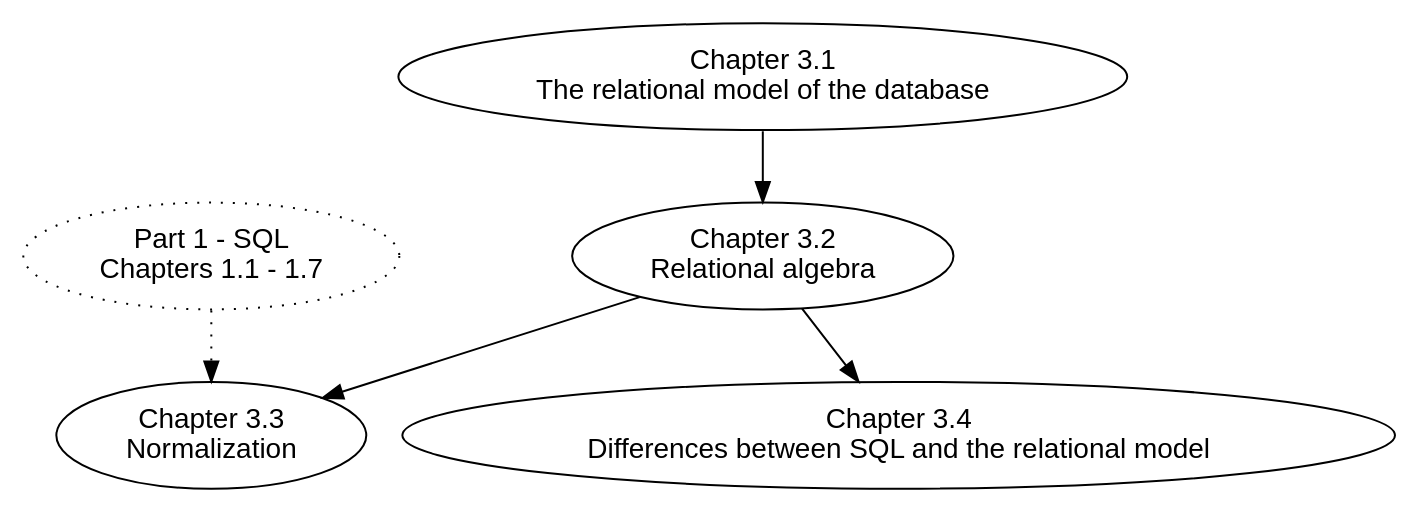
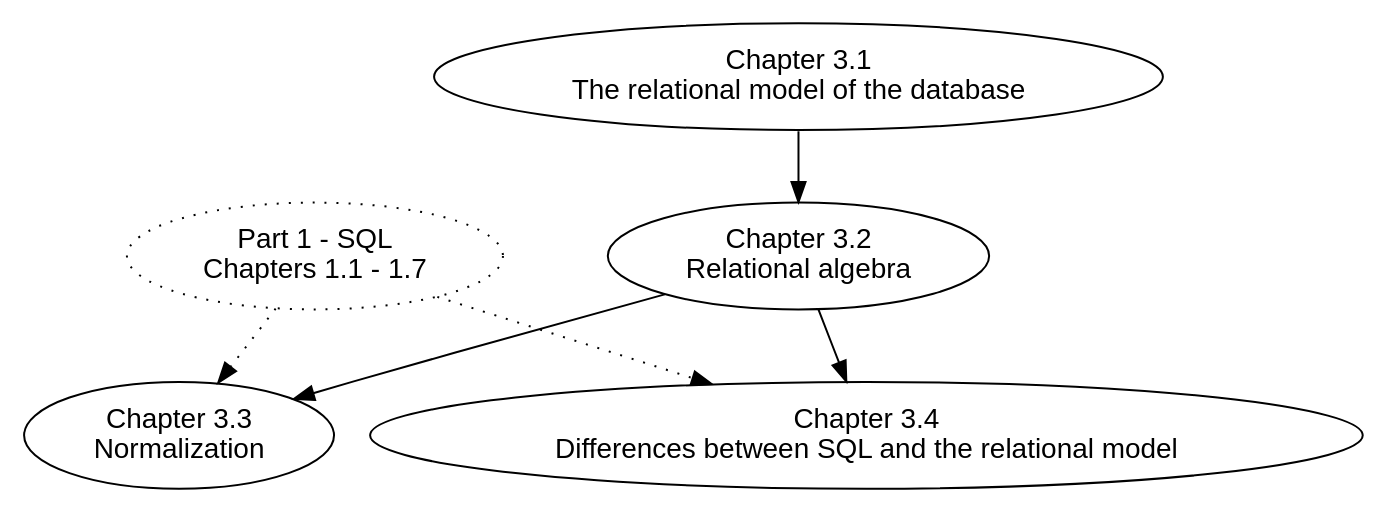
One commit to cpainterwakefield/practical_db_textbook changed the diagram in _sources/PART3_RELATIONAL_DATABASE_THEORY/chapter_dependencies.dot. Above: the diagram before and after it, drawn with Graphviz. The commit also changed 3 other files, not shown here.

```diff
--- a/_sources/PART3_RELATIONAL_DATABASE_THEORY/chapter_dependencies.dot
+++ b/_sources/PART3_RELATIONAL_DATABASE_THEORY/chapter_dependencies.dot
@@ -1,18 +1,19 @@
 // To build:
 // 1. install graphviz
 // 2. run 'dot -Tsvg chapter_dependencies.dot > chapter_dependencies.svg' in this directory
 
 digraph {
   node [ fontname="sans-serif" ]
 
   p1 [ label="Part 1 - SQL\nChapters 1.1 - 1.7" style=dotted]
   c1 [ label="Chapter 3.1\nThe relational model of the database" ]
   c2 [ label="Chapter 3.2\nRelational algebra" ]
   c3 [ label="Chapter 3.3\nNormalization" ]
   c4 [ label="Chapter 3.4\nDifferences between SQL and the relational model" ]
 
   c1 -> c2
   c2 -> c4
   c2 -> c3
   p1 -> c3 [style=dotted]
+  p1 -> c4 [style=dotted]
 }
```
